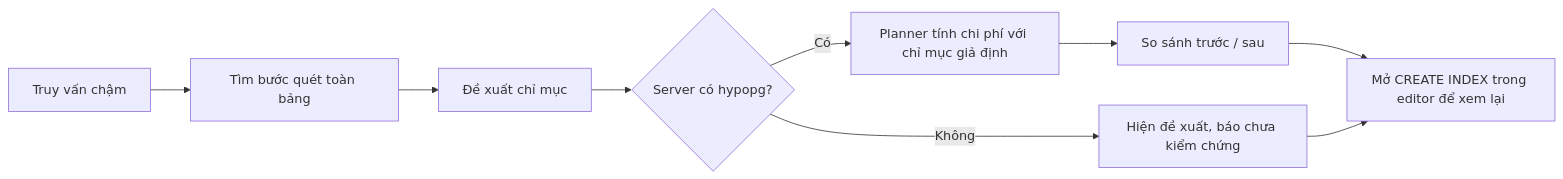
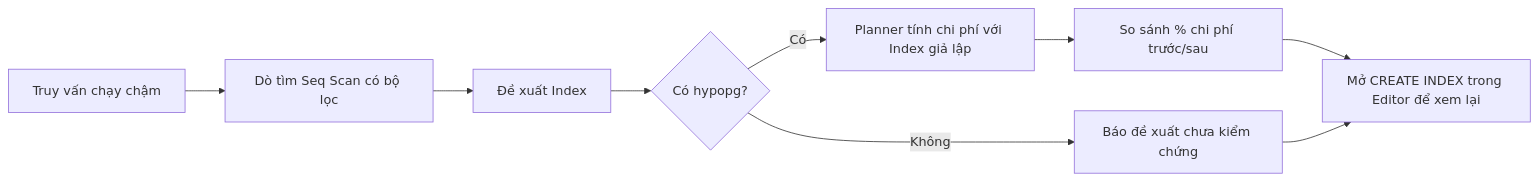
Before and after one commit to bakaryuu1997-sys/Tabularis: the fifth of 6 diagrams in HUONG_DAN_SU_DUNG.md, drawn with Mermaid. The commit also changed other lines of this file and 1 other file, not shown here.

````diff
--- a/HUONG_DAN_SU_DUNG.md
+++ b/HUONG_DAN_SU_DUNG.md
@@ -249,11 +207,11 @@
 ```mermaid
 flowchart LR
-  A[Truy vấn chậm] --> B[Tìm bước quét toàn bảng]
-  B --> C[Đề xuất chỉ mục]
-  C --> D{Server có hypopg?}
-  D -->|Có| E[Planner tính chi phí với chỉ mục giả định]
-  D -->|Không| F[Hiện đề xuất, báo chưa kiểm chứng]
-  E --> G[So sánh trước / sau]
-  G --> H[Mở CREATE INDEX trong editor để xem lại]
+  A["Truy vấn chạy chậm"] --> B["Dò tìm Seq Scan có bộ lọc"]
+  B --> C["Đề xuất Index"]
+  C --> D{"Có hypopg?"}
+  D -->|"Có"| E["Planner tính chi phí với Index giả lập"]
+  D -->|"Không"| F["Báo đề xuất chưa kiểm chứng"]
+  E --> G["So sánh % chi phí trước/sau"]
+  G --> H["Mở CREATE INDEX trong Editor để xem lại"]
   F --> H
 ```
````
